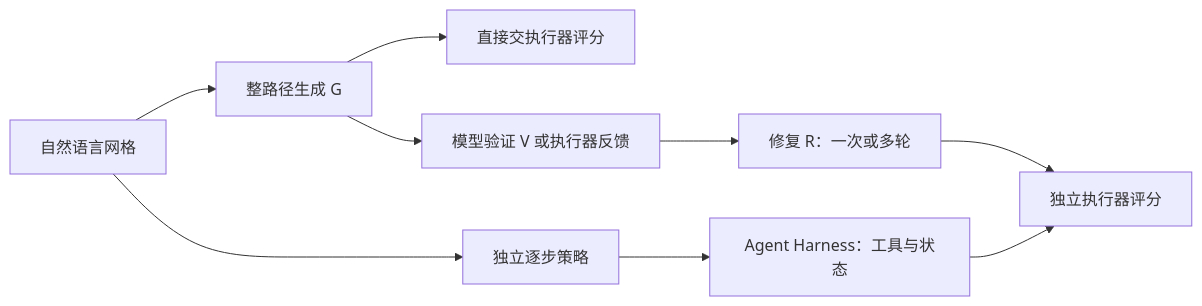
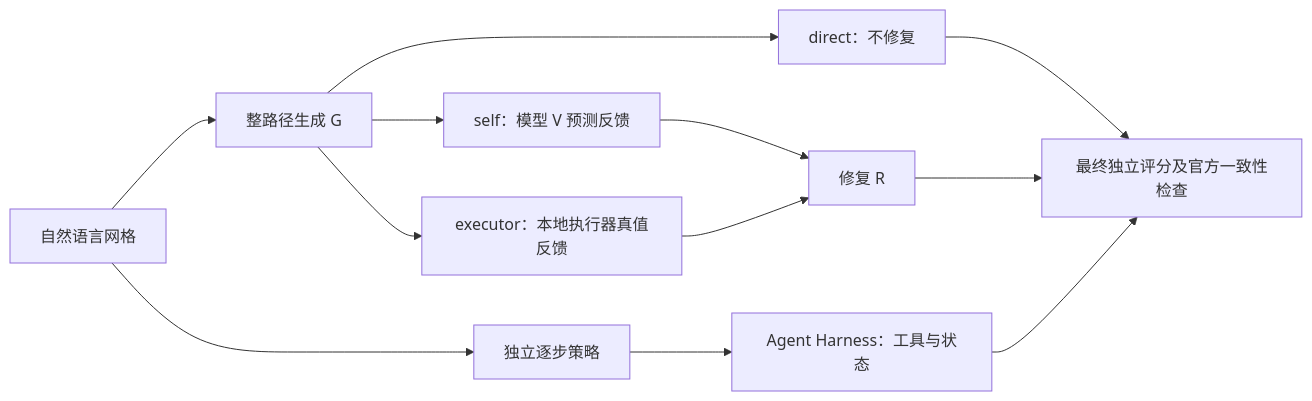
Before and after one commit to Xiaofeipao/NLP-Project: the diagram in docs/project6_overview.md, drawn with Mermaid. The commit also changed other lines of this file, not shown here.

Commit message:
Clarify verifier and executor feedback in Project 6 audit

````diff
--- a/docs/project6_overview.md
+++ b/docs/project6_overview.md
@@ -11,11 +11,14 @@
 ```mermaid
 flowchart LR
   A[自然语言网格] --> G[整路径生成 G]
-  G --> D[直接交执行器评分]
-  G --> V[模型验证 V 或执行器反馈]
-  V --> R[修复 R：一次或多轮]
-  R --> E[独立执行器评分]
+  G --> D[direct：不修复]
+  G --> V[self：模型 V 预测反馈]
+  G --> X[executor：本地执行器真值反馈]
+  V --> R[修复 R]
+  X --> R
+  D --> E[最终独立评分及官方一致性检查]
+  R --> E
   A --> P[独立逐步策略]
   P --> H[Agent Harness：工具与状态]
   H --> E
 ```
````
